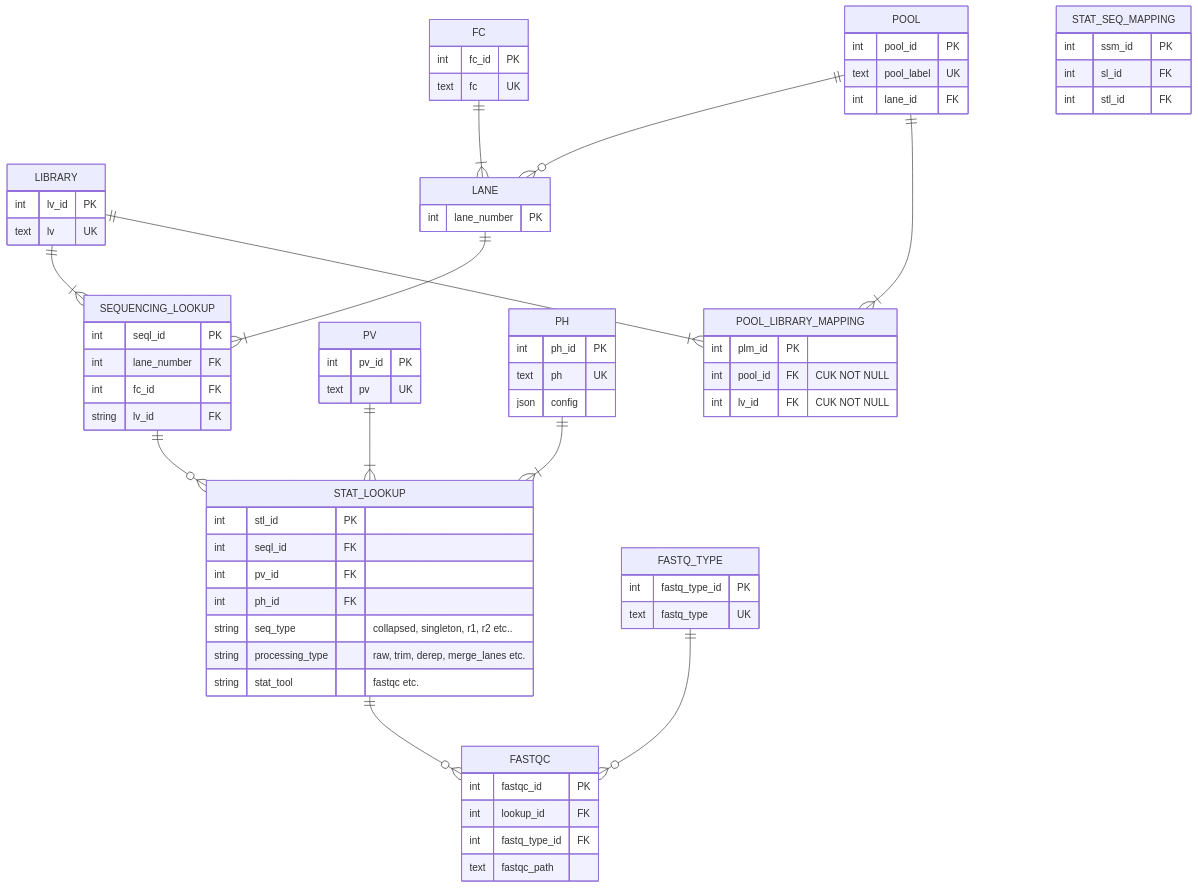
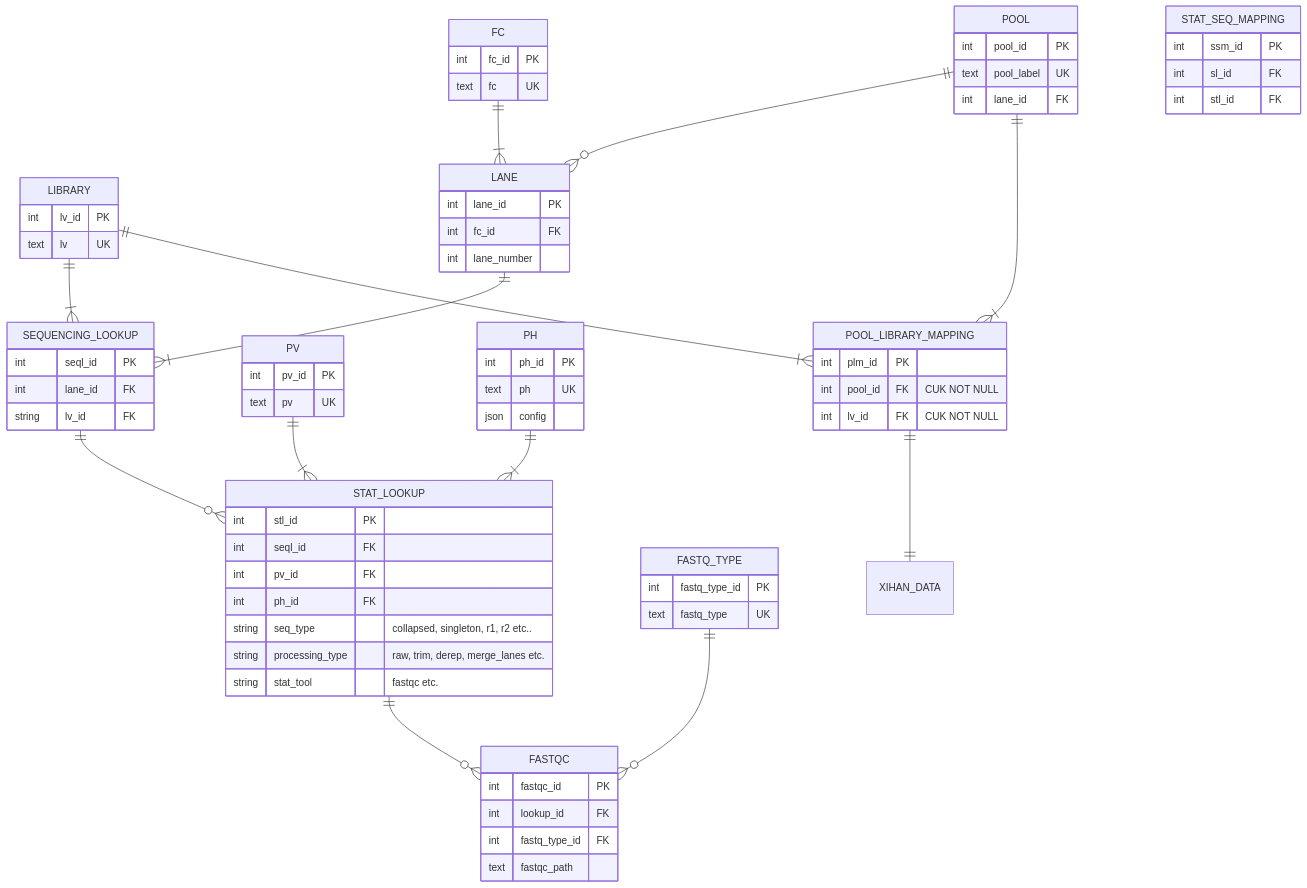
One commit to GeoGenetics/qc-parser changed the diagram in diagrams/main diagrams/partly normalized.md. Above: the diagram before and after it, drawn with Mermaid.

Commit message:
Modify lane identification and FK relationships in diagram
Updated the database schema in the partly normalized diagram to reflect changes in lane identification and foreign key relationships.

```diff
--- a/diagrams/main diagrams/partly normalized.md
+++ b/diagrams/main diagrams/partly normalized.md
@@ -14,7 +14,7 @@
     FASTQ_TYPE ||--o{ FASTQC : ""
 
     SEQUENCING_LOOKUP ||--o{ STAT_LOOKUP : ""
-
+    POOL_LIBRARY_MAPPING ||--|| XIHAN_DATA : ""
     
     LIBRARY {
         int lv_id PK
@@ -27,7 +27,9 @@
     }
 
     LANE {
-        int lane_number PK
+        int lane_id PK
+        int fc_id FK
+        int lane_number 
     }
 
     POOL {
@@ -42,6 +44,7 @@
         int lv_id FK "CUK NOT NULL"        
 }
 
+
     PV {
         int pv_id PK
         text pv UK
@@ -55,8 +58,7 @@
 
     SEQUENCING_LOOKUP {
         int seql_id PK
-        int lane_number FK 
-        int fc_id FK
+        int lane_id FK 
         string lv_id FK
 }
 
```
